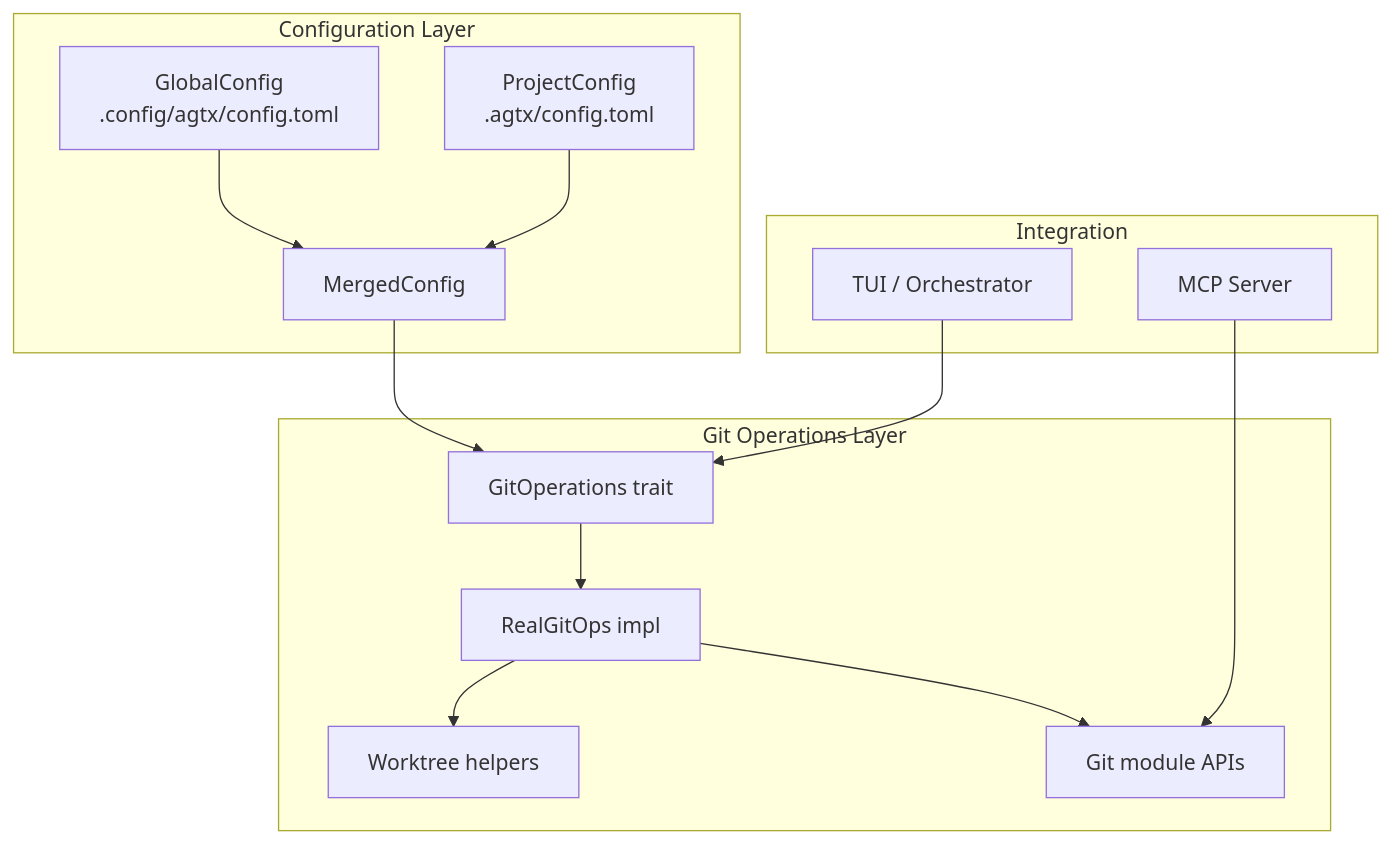
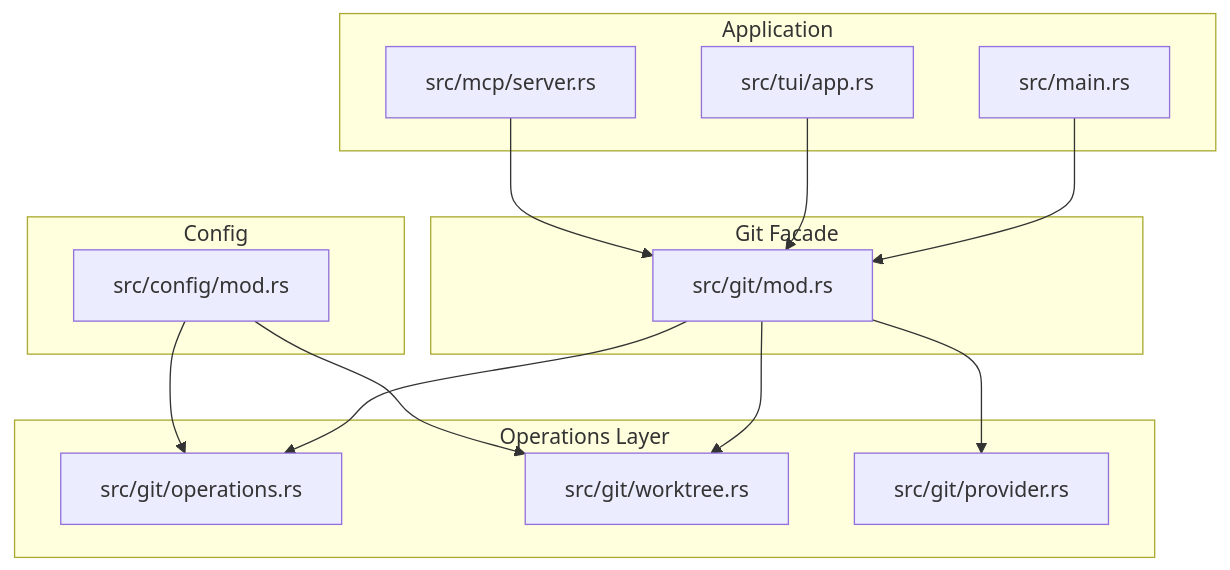
Before and after one commit to bramburn/agtx: the first of 7 diagrams in .qoder/repowiki/en/content/Git Integration/Git Integration.md, drawn with Mermaid. The commit also changed other lines of this file and 140 other files, not shown here.

````diff
--- a/.qoder/repowiki/en/content/Git Integration/Git Integration.md
+++ b/.qoder/repowiki/en/content/Git Integration/Git Integration.md
@@ -70,26 +42,27 @@
 ```mermaid
 graph TB
-subgraph "Configuration Layer"
-GC["GlobalConfig<br/>.config/agtx/config.toml"]
-PC["ProjectConfig<br/>.agtx/config.toml"]
-MC["MergedConfig"]
+subgraph "Git Facade"
+MOD["src/git/mod.rs"]
 end
-subgraph "Git Operations Layer"
-GOps["GitOperations trait"]
-RGO["RealGitOps impl"]
-WTree["Worktree helpers"]
-GMod["Git module APIs"]
+subgraph "Operations Layer"
+OPS["src/git/operations.rs"]
+WRK["src/git/worktree.rs"]
+PRV["src/git/provider.rs"]
 end
-subgraph "Integration"
-MCP["MCP Server"]
-TUI["TUI / Orchestrator"]
+subgraph "Config"
+CFG["src/config/mod.rs"]
 end
-GC --> MC
-PC --> MC
-MC --> GOps
-GOps --> RGO
-RGO --> WTree
-RGO --> GMod
-MCP --> GMod
-TUI --> GOps
+subgraph "Application"
+MAIN["src/main.rs"]
+TUI["src/tui/app.rs"]
+MCP["src/mcp/server.rs"]
+end
+MOD --> OPS
+MOD --> WRK
+MOD --> PRV
+CFG --> WRK
+CFG --> OPS
+MAIN --> MOD
+TUI --> MOD
+MCP --> MOD
 ```
````
